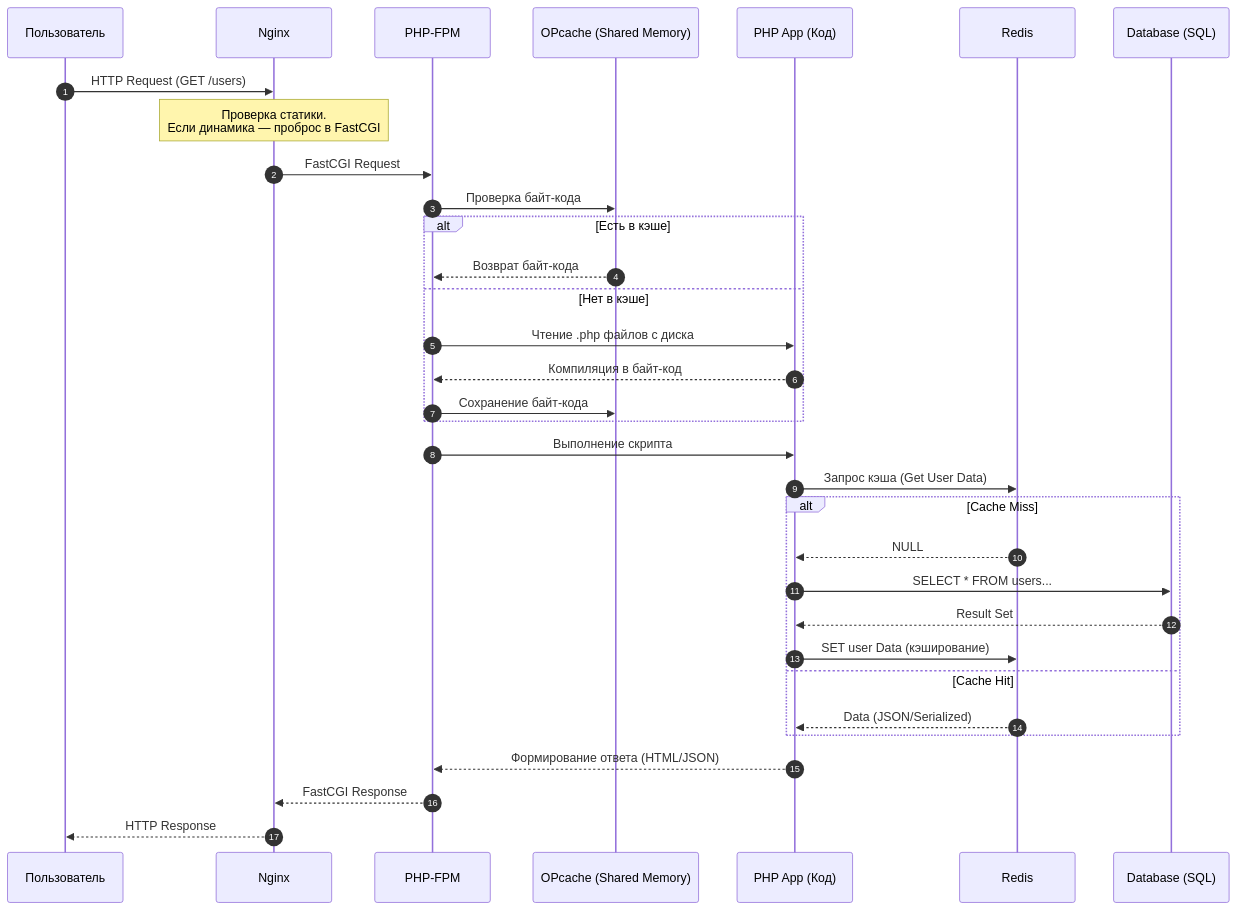
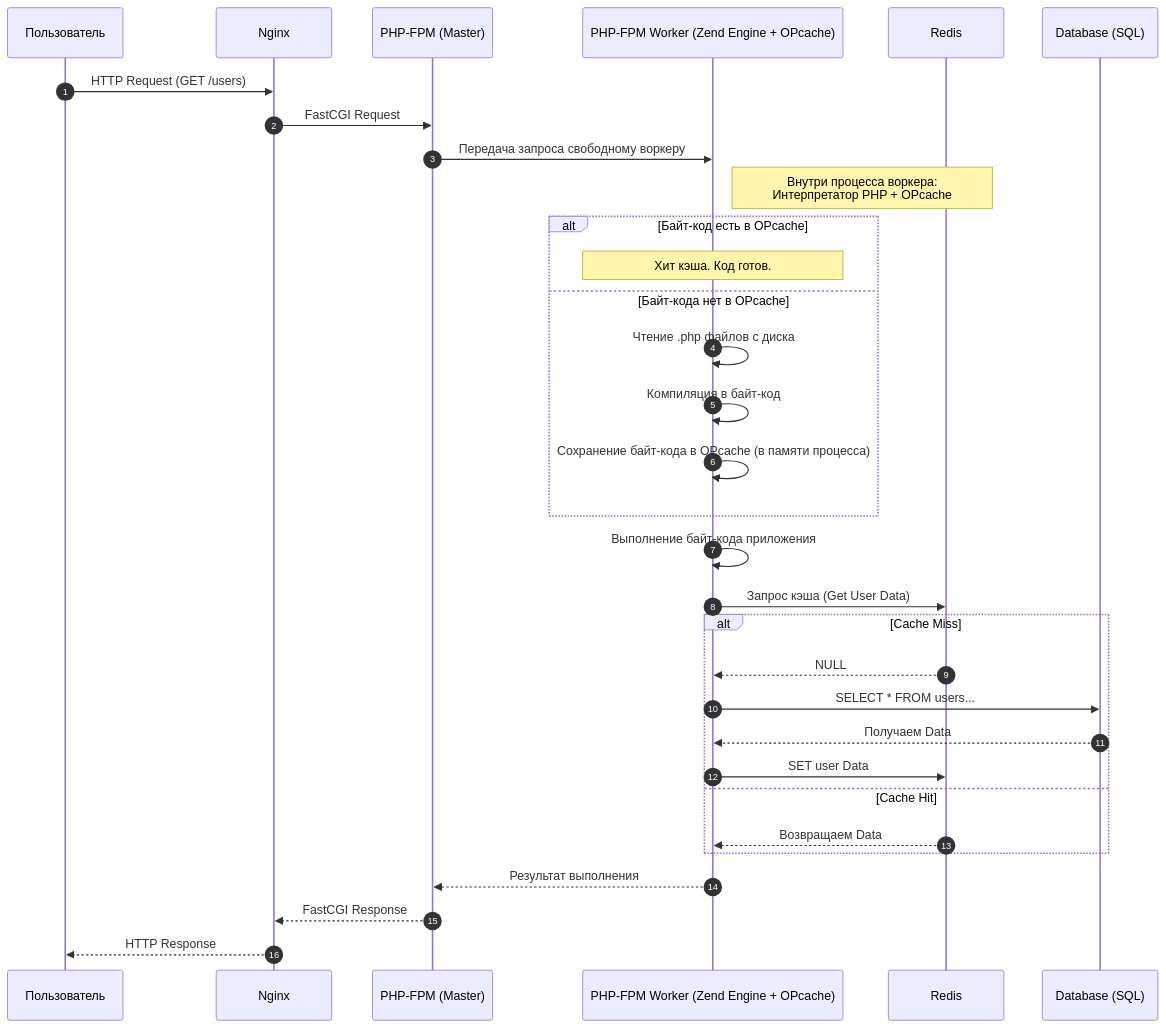
One commit to kuan-m/pdp-prep changed the diagram in docs/5_php_app_architecture/README.md. Above: the diagram before and after it, drawn with Mermaid.

Commit message:
docs: fix schema

````diff
--- a/docs/5_php_app_architecture/README.md
+++ b/docs/5_php_app_architecture/README.md
@@ -6,42 +6,38 @@
 ```mermaid
 sequenceDiagram
     autonumber
     participant Client as Пользователь
     participant Nginx
-    participant FPM as PHP-FPM 
-    participant OPC as OPcache (Shared Memory)
-    participant App as PHP App (Код)
-    participant Redis as Redis 
+    participant FPMMaster as PHP-FPM (Master)
+    participant FPMWorker as PHP-FPM Worker (Zend Engine + OPcache)
+    participant Redis as Redis
     participant DB as Database (SQL)
 
     Client->>Nginx: HTTP Request (GET /users)
-    
-    Note over Nginx: Проверка статики. <br/>Если динамика — проброс в FastCGI
-    
-    Nginx->>FPM: FastCGI Request
-    
-    FPM->>OPC: Проверка байт-кода
-    alt Есть в кэше
-        OPC-->>FPM: Возврат байт-кода
-    else Нет в кэше
-        FPM->>App: Чтение .php файлов с диска
-        App-->>FPM: Компиляция в байт-код
-        FPM->>OPC: Сохранение байт-кода
+    Nginx->>FPMMaster: FastCGI Request
+    FPMMaster->>FPMWorker: Передача запроса свободному воркеру
+
+    Note right of FPMWorker: Внутри процесса воркера:<br/>Интерпретатор PHP + OPcache
+    alt Байт-код есть в OPcache
+        Note over FPMWorker: Хит кэша. Код готов.
+    else Байт-кода нет в OPcache
+        FPMWorker->>FPMWorker: Чтение .php файлов с диска
+        FPMWorker->>FPMWorker: Компиляция в байт-код
+        FPMWorker->>FPMWorker: Сохранение байт-кода в OPcache (в памяти процесса)
     end
 
-    FPM->>App: Выполнение скрипта
-    
-    App->>Redis: Запрос кэша (Get User Data)
+    FPMWorker->>FPMWorker: Выполнение байт-кода приложения
+    FPMWorker->>Redis: Запрос кэша (Get User Data)
     alt Cache Miss
-        Redis-->>App: NULL
-        App->>DB: SELECT * FROM users...
-        DB-->>App: Result Set
-        App->>Redis: SET user Data (кэширование)
+        Redis-->>FPMWorker: NULL
+        FPMWorker->>DB: SELECT * FROM users...
+        DB-->>FPMWorker: Получаем Data
+        FPMWorker->>Redis: SET user Data
     else Cache Hit
-        Redis-->>App: Data (JSON/Serialized)
+        Redis-->>FPMWorker: Возвращаем Data
     end
 
-    App-->>FPM: Формирование ответа (HTML/JSON)
-    FPM-->>Nginx: FastCGI Response
+    FPMWorker-->>FPMMaster: Результат выполнения
+    FPMMaster-->>Nginx: FastCGI Response
     Nginx-->>Client: HTTP Response
 ```
````
